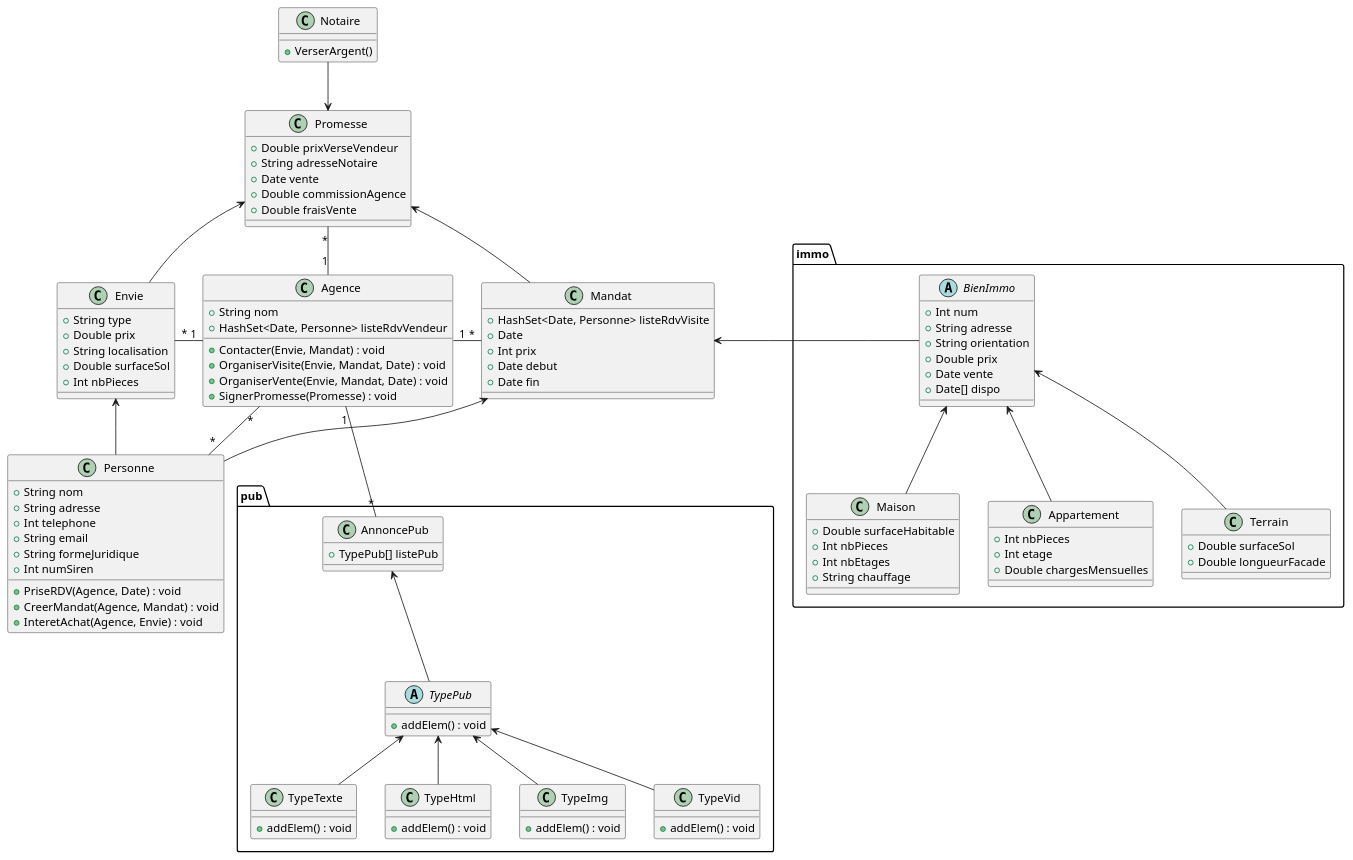
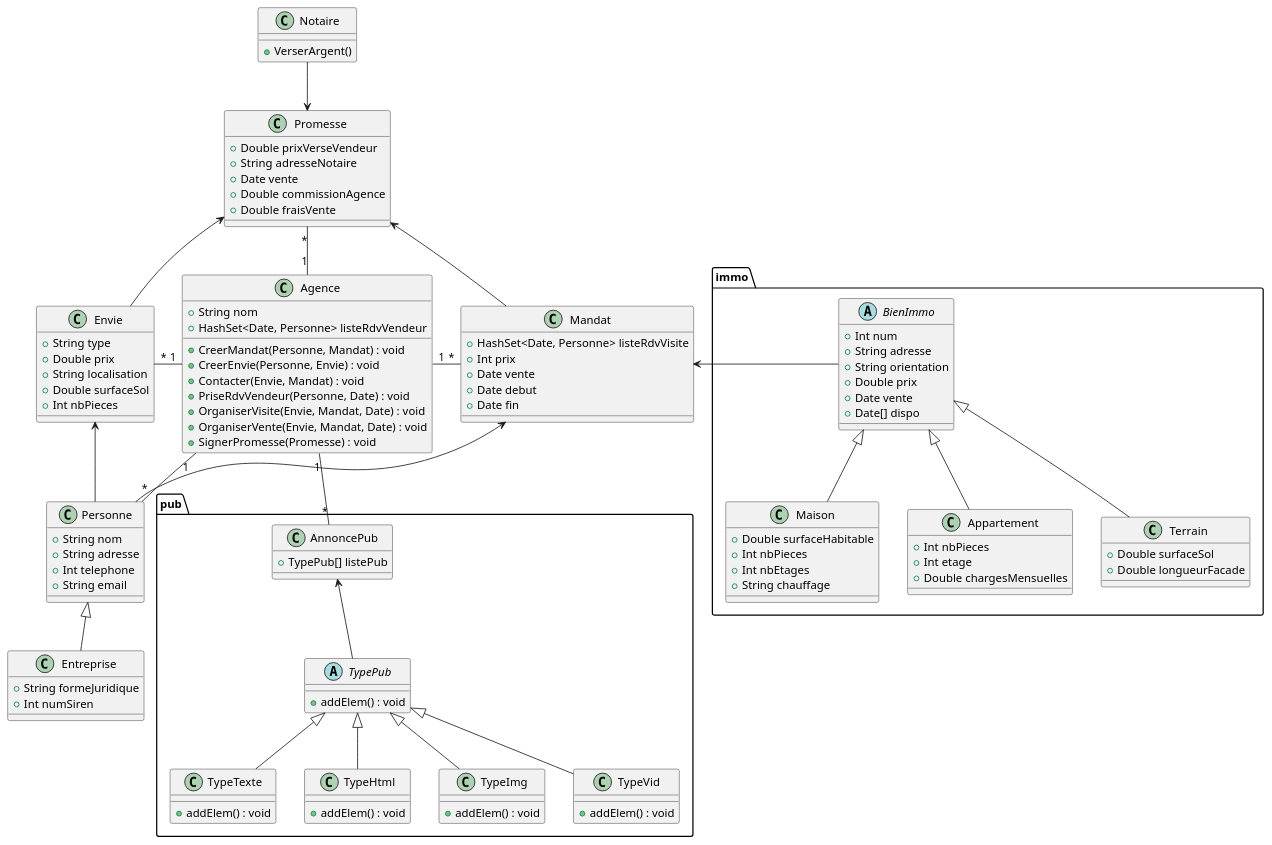
One commit to DenisGuiraudet/MIASHS_UML_PTUT changed the diagram in DOC/UML/diagClass.plantuml. Above: the diagram before and after it, drawn with PlantUML. The commit also changed 2 other files, not shown here.

```diff
--- a/DOC/UML/diagClass.plantuml
+++ b/DOC/UML/diagClass.plantuml
@@ -2,140 +2,145 @@
 @startuml
 
 class Personne {
   +String nom
   +String adresse
   +Int telephone
   +String email
-  +PriseRDV(Agence, Date) : void
-  +CreerMandat(Agence, Mandat) : void
-  +InteretAchat(Agence, Envie) : void
+}
+
+class Entreprise {
   +String formeJuridique
   +Int numSiren
 }
 
+Entreprise -up-|> Personne
+
 class Agence {
   +String nom
   +HashSet<Date, Personne> listeRdvVendeur
+  +CreerMandat(Personne, Mandat) : void
+  +CreerEnvie(Personne, Envie) : void
   +Contacter(Envie, Mandat) : void
+  +PriseRdvVendeur(Personne, Date) : void
   +OrganiserVisite(Envie, Mandat, Date) : void
   +OrganiserVente(Envie, Mandat, Date) : void
   +SignerPromesse(Promesse) : void
 }
 
-Personne "*"-up-"*" Agence
+Personne "*"-up-"1" Agence
 
 class Envie {
   +String type
   +Double prix
   +String localisation
   +Double surfaceSol
   +Int nbPieces
 }
 
 class Mandat {
   +HashSet<Date, Personne> listeRdvVisite
-  +Date
   +Int prix
+  +Date vente
   +Date debut
   +Date fin
 }
 
 Agence "1"-right-"*" Mandat
 Agence "1"-left-"*" Envie
 
 Personne -up-> Envie
 Personne -up-> Mandat
 
 class Promesse {
   +Double prixVerseVendeur
   +String adresseNotaire
   +Date vente
   +Double commissionAgence
   +Double fraisVente
 }
 
 Agence "1"-up-"*" Promesse
 Mandat -up-> Promesse
 Envie -up-> Promesse
 
 class Notaire {
   +VerserArgent()
 }
 
 Notaire -down-> Promesse
 
 package pub {
 
   class AnnoncePub {
     +TypePub[] listePub
   }
 
   Agence "1"-down-"*" AnnoncePub
 
   abstract class TypePub {
     +addElem() : void
   }
 
   TypePub -up-> AnnoncePub
 
   class TypeTexte {
     +addElem() : void
   }
 
   class TypeHtml {
     +addElem() : void
   }
 
   class TypeImg {
     +addElem() : void
   }
 
   class TypeVid {
     +addElem() : void
   }
 
-  TypeTexte -up-> TypePub
-  TypeHtml -up-> TypePub
-  TypeImg -up-> TypePub
-  TypeVid -up-> TypePub
+  TypeTexte -up-|> TypePub
+  TypeHtml -up-|> TypePub
+  TypeImg -up-|> TypePub
+  TypeVid -up-|> TypePub
 
 }
 
 package immo {
 
   abstract class BienImmo {
     +Int num
     +String adresse
     +String orientation
     +Double prix
     +Date vente
     +Date[] dispo
   }
 
   class Terrain {
     +Double surfaceSol
     +Double longueurFacade
   }
 
   class Maison {
     +Double surfaceHabitable
     +Int nbPieces
     +Int nbEtages
     +String chauffage
   }
 
   class Appartement {
     +Int nbPieces
     +Int etage
     +Double chargesMensuelles
   }
 
   BienImmo -left-> Mandat
 
-  Terrain -up-> BienImmo
-  Maison -up-> BienImmo
-  Appartement -up-> BienImmo
+  Terrain -up-|> BienImmo
+  Maison -up-|> BienImmo
+  Appartement -up-|> BienImmo
 
 }
 
 @enduml
```
